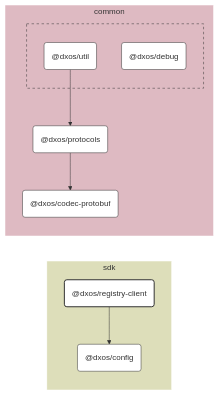
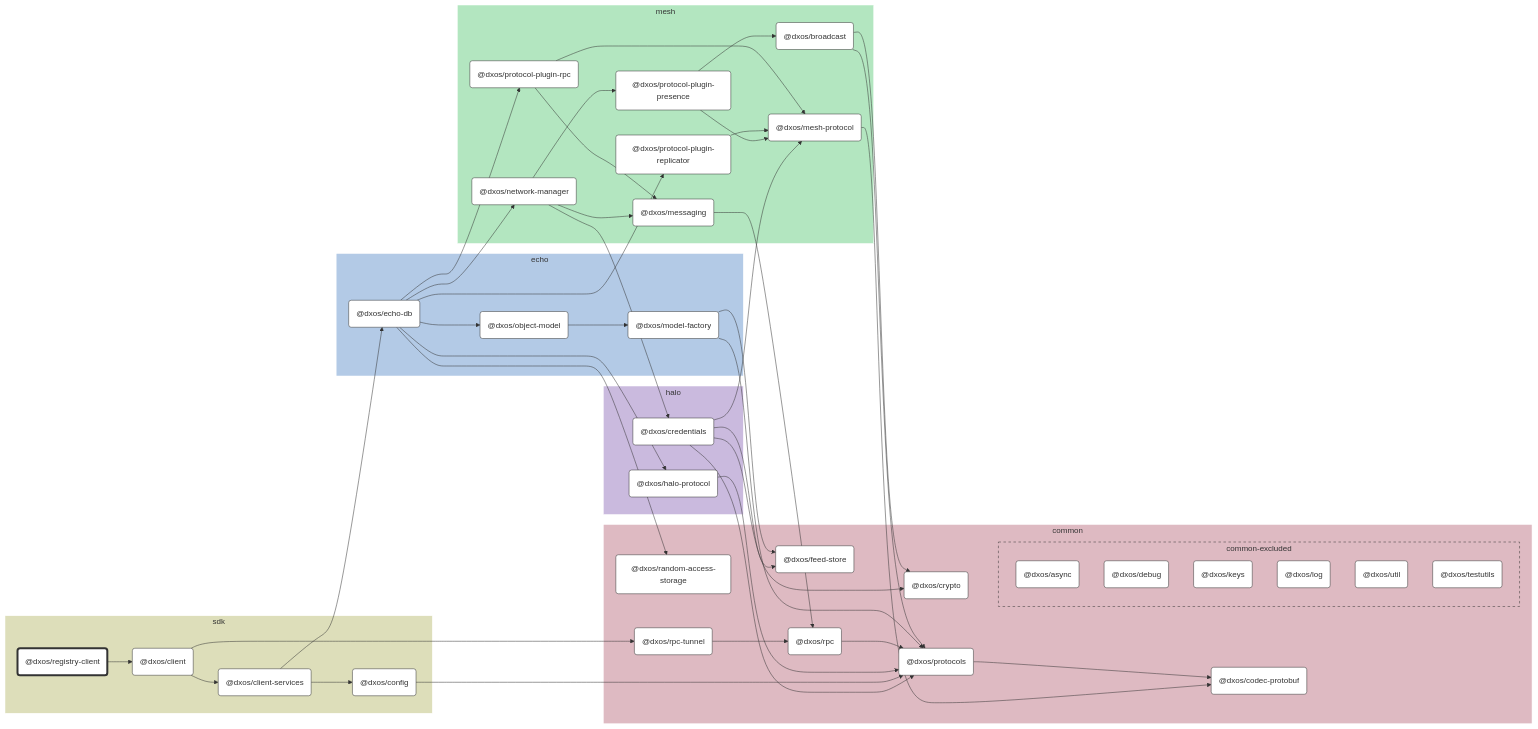
One commit to dxos/dxos changed the diagram in packages/sdk/registry-client/docs/README.md. Above: the diagram before and after it, drawn with Mermaid. The commit also changed other lines of this file and 683 other files, not shown here.

````diff
--- a/packages/sdk/registry-client/docs/README.md
+++ b/packages/sdk/registry-client/docs/README.md
@@ -9,51 +9,129 @@
 
 flowchart LR
 
-%% Links
-dxos/protocols --> dxos/codec-protobuf;
-dxos/registry-client --> dxos/config;
-dxos/util --> dxos/protocols;
+%% Classes
+classDef def fill:#fff,stroke:#333,stroke-width:1px
+classDef root fill:#fff,stroke:#333,stroke-width:4px
 
-%% Sections
-subgraph sdk
-  style sdk fill:#dddeba,stroke:#fff;
+%% Nodes
 
-  dxos/config("@dxos/config")
-  dxos/registry-client("@dxos/registry-client")
+subgraph sdk [sdk]
+  style sdk fill:#dddeba,stroke:#fff
+  dxos/registry-client("@dxos/registry-client"):::root
+  click dxos/registry-client "dxos/dxos/tree/main/packages/sdk/registry-client/docs"
+  dxos/client("@dxos/client"):::def
+  click dxos/client "dxos/dxos/tree/main/packages/sdk/client/docs"
+  dxos/client-services("@dxos/client-services"):::def
+  click dxos/client-services "dxos/dxos/tree/main/packages/sdk/client-services/docs"
+  dxos/config("@dxos/config"):::def
+  click dxos/config "dxos/dxos/tree/main/packages/sdk/config/docs"
 end
 
-subgraph common
-  style common fill:#debac2,stroke:#fff;
+subgraph common [common]
+  style common fill:#debac2,stroke:#fff
+  dxos/codec-protobuf("@dxos/codec-protobuf"):::def
+  click dxos/codec-protobuf "dxos/dxos/tree/main/packages/common/codec-protobuf/docs"
+  dxos/crypto("@dxos/crypto"):::def
+  click dxos/crypto "dxos/dxos/tree/main/packages/common/crypto/docs"
+  dxos/feed-store("@dxos/feed-store"):::def
+  click dxos/feed-store "dxos/dxos/tree/main/packages/common/feed-store/docs"
+  dxos/protocols("@dxos/protocols"):::def
+  click dxos/protocols "dxos/dxos/tree/main/packages/common/protocols/docs"
+  dxos/rpc("@dxos/rpc"):::def
+  click dxos/rpc "dxos/dxos/tree/main/packages/common/rpc/docs"
+  dxos/random-access-storage("@dxos/random-access-storage"):::def
+  click dxos/random-access-storage "dxos/dxos/tree/main/packages/common/random-access-storage/docs"
+  dxos/rpc-tunnel("@dxos/rpc-tunnel"):::def
+  click dxos/rpc-tunnel "dxos/dxos/tree/main/packages/common/rpc-tunnel/docs"
 
-  dxos/codec-protobuf("@dxos/codec-protobuf")
-  dxos/protocols("@dxos/protocols")
-
-  subgraph common-excluded [ ]
-    style common-excluded fill:#debac2,stroke:#333,stroke-dasharray:5 5;
-
-    dxos/debug("@dxos/debug")
-    dxos/util("@dxos/util")
+  subgraph common-excluded [common-excluded]
+    style common-excluded fill:#debac2,stroke:#333,stroke-dasharray:5 5
+    dxos/async("@dxos/async"):::def
+    click dxos/async "dxos/dxos/tree/main/packages/common/async/docs"
+    dxos/debug("@dxos/debug"):::def
+    click dxos/debug "dxos/dxos/tree/main/packages/common/debug/docs"
+    dxos/keys("@dxos/keys"):::def
+    click dxos/keys "dxos/dxos/tree/main/packages/common/keys/docs"
+    dxos/log("@dxos/log"):::def
+    click dxos/log "dxos/dxos/tree/main/packages/common/log/docs"
+    dxos/util("@dxos/util"):::def
+    click dxos/util "dxos/dxos/tree/main/packages/common/util/docs"
+    dxos/testutils("@dxos/testutils"):::def
+    click dxos/testutils "dxos/dxos/tree/main/packages/common/testutils/docs"
   end
 end
 
+subgraph halo [halo]
+  style halo fill:#cabade,stroke:#fff
+  dxos/credentials("@dxos/credentials"):::def
+  click dxos/credentials "dxos/dxos/tree/main/packages/halo/credentials/docs"
+  dxos/halo-protocol("@dxos/halo-protocol"):::def
+  click dxos/halo-protocol "dxos/dxos/tree/main/packages/halo/halo-protocol/docs"
+end
 
-%% Hyperlinks
-click dxos/codec-protobuf "dxos/dxos/tree/main/packages/common/codec-protobuf/docs";
-click dxos/config "dxos/dxos/tree/main/packages/sdk/config/docs";
-click dxos/debug "dxos/dxos/tree/main/packages/common/debug/docs";
-click dxos/protocols "dxos/dxos/tree/main/packages/common/protocols/docs";
-click dxos/util "dxos/dxos/tree/main/packages/common/util/docs";
+subgraph mesh [mesh]
+  style mesh fill:#b3e6c0,stroke:#fff
+  dxos/mesh-protocol("@dxos/mesh-protocol"):::def
+  click dxos/mesh-protocol "dxos/dxos/tree/main/packages/mesh/mesh-protocol/docs"
+  dxos/messaging("@dxos/messaging"):::def
+  click dxos/messaging "dxos/dxos/tree/main/packages/mesh/messaging/docs"
+  dxos/network-manager("@dxos/network-manager"):::def
+  click dxos/network-manager "dxos/dxos/tree/main/packages/mesh/network-manager/docs"
+  dxos/protocol-plugin-presence("@dxos/protocol-plugin-presence"):::def
+  click dxos/protocol-plugin-presence "dxos/dxos/tree/main/packages/mesh/protocol-plugin-presence/docs"
+  dxos/broadcast("@dxos/broadcast"):::def
+  click dxos/broadcast "dxos/dxos/tree/main/packages/mesh/broadcast/docs"
+  dxos/protocol-plugin-replicator("@dxos/protocol-plugin-replicator"):::def
+  click dxos/protocol-plugin-replicator "dxos/dxos/tree/main/packages/mesh/protocol-plugin-replicator/docs"
+  dxos/protocol-plugin-rpc("@dxos/protocol-plugin-rpc"):::def
+  click dxos/protocol-plugin-rpc "dxos/dxos/tree/main/packages/mesh/protocol-plugin-rpc/docs"
+end
 
-%% Styles
-classDef rootNode fill:#fff,stroke:#333,stroke-width:2px
-classDef defaultNode fill:#fff,stroke:#333,stroke-width:1px
+subgraph echo [echo]
+  style echo fill:#b3cae6,stroke:#fff
+  dxos/echo-db("@dxos/echo-db"):::def
+  click dxos/echo-db "dxos/dxos/tree/main/packages/echo/echo-db/docs"
+  dxos/model-factory("@dxos/model-factory"):::def
+  click dxos/model-factory "dxos/dxos/tree/main/packages/echo/model-factory/docs"
+  dxos/object-model("@dxos/object-model"):::def
+  click dxos/object-model "dxos/dxos/tree/main/packages/echo/object-model/docs"
+end
+
+%% Links
 linkStyle default stroke:#333,stroke-width:1px
-
-dxos/registry-client:::rootNode
-
-dxos/codec-protobuf:::defaultNode
-dxos/config:::defaultNode
-dxos/debug:::defaultNode
-dxos/protocols:::defaultNode
-dxos/util:::defaultNode
+dxos/registry-client --> dxos/client
+dxos/client --> dxos/client-services
+dxos/credentials --> dxos/crypto
+dxos/credentials --> dxos/feed-store
+dxos/credentials --> dxos/mesh-protocol
+dxos/mesh-protocol --> dxos/codec-protobuf
+dxos/credentials --> dxos/protocols
+dxos/protocols --> dxos/codec-protobuf
+dxos/client-services --> dxos/config
+dxos/config --> dxos/protocols
+dxos/client-services --> dxos/echo-db
+dxos/echo-db --> dxos/halo-protocol
+dxos/halo-protocol --> dxos/protocols
+dxos/messaging --> dxos/rpc
+dxos/rpc --> dxos/protocols
+dxos/model-factory --> dxos/feed-store
+dxos/model-factory --> dxos/protocols
+dxos/echo-db --> dxos/network-manager
+dxos/network-manager --> dxos/credentials
+dxos/network-manager --> dxos/messaging
+dxos/network-manager --> dxos/protocol-plugin-presence
+dxos/protocol-plugin-presence --> dxos/broadcast
+dxos/broadcast --> dxos/crypto
+dxos/broadcast --> dxos/protocols
+dxos/protocol-plugin-presence --> dxos/mesh-protocol
+dxos/echo-db --> dxos/object-model
+dxos/object-model --> dxos/model-factory
+dxos/echo-db --> dxos/protocol-plugin-replicator
+dxos/protocol-plugin-replicator --> dxos/mesh-protocol
+dxos/echo-db --> dxos/random-access-storage
+dxos/echo-db --> dxos/protocol-plugin-rpc
+dxos/protocol-plugin-rpc --> dxos/messaging
+dxos/protocol-plugin-rpc --> dxos/mesh-protocol
+dxos/client --> dxos/rpc-tunnel
+dxos/rpc-tunnel --> dxos/rpc
 ```
````
